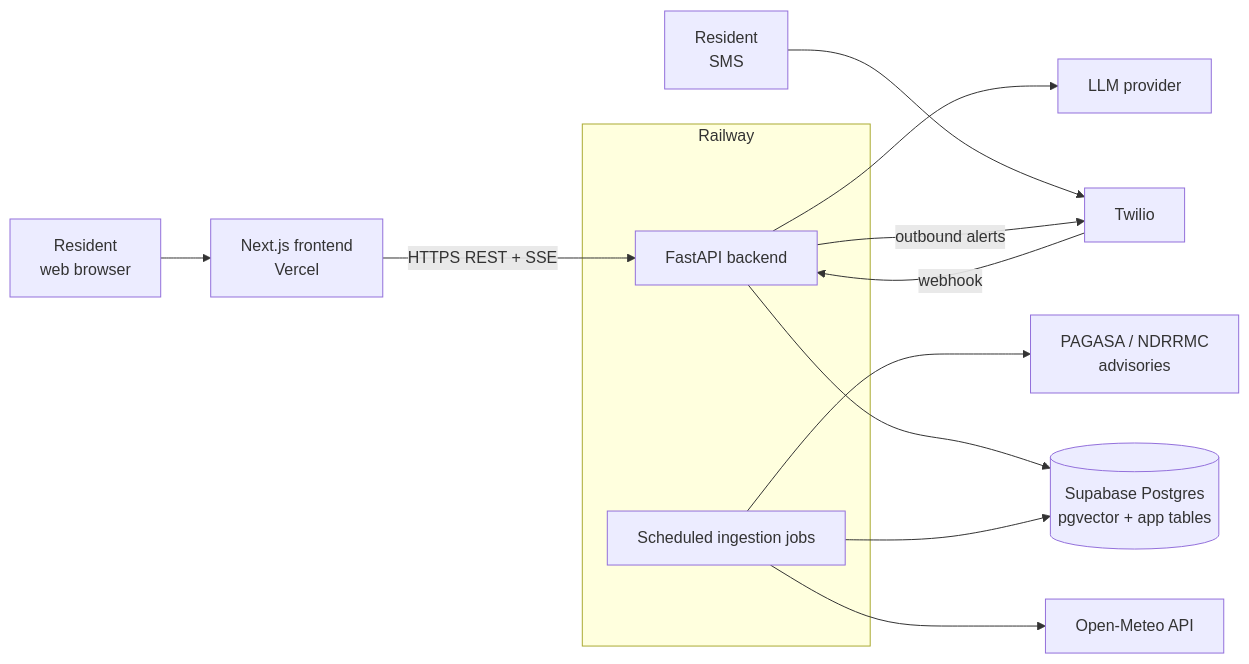
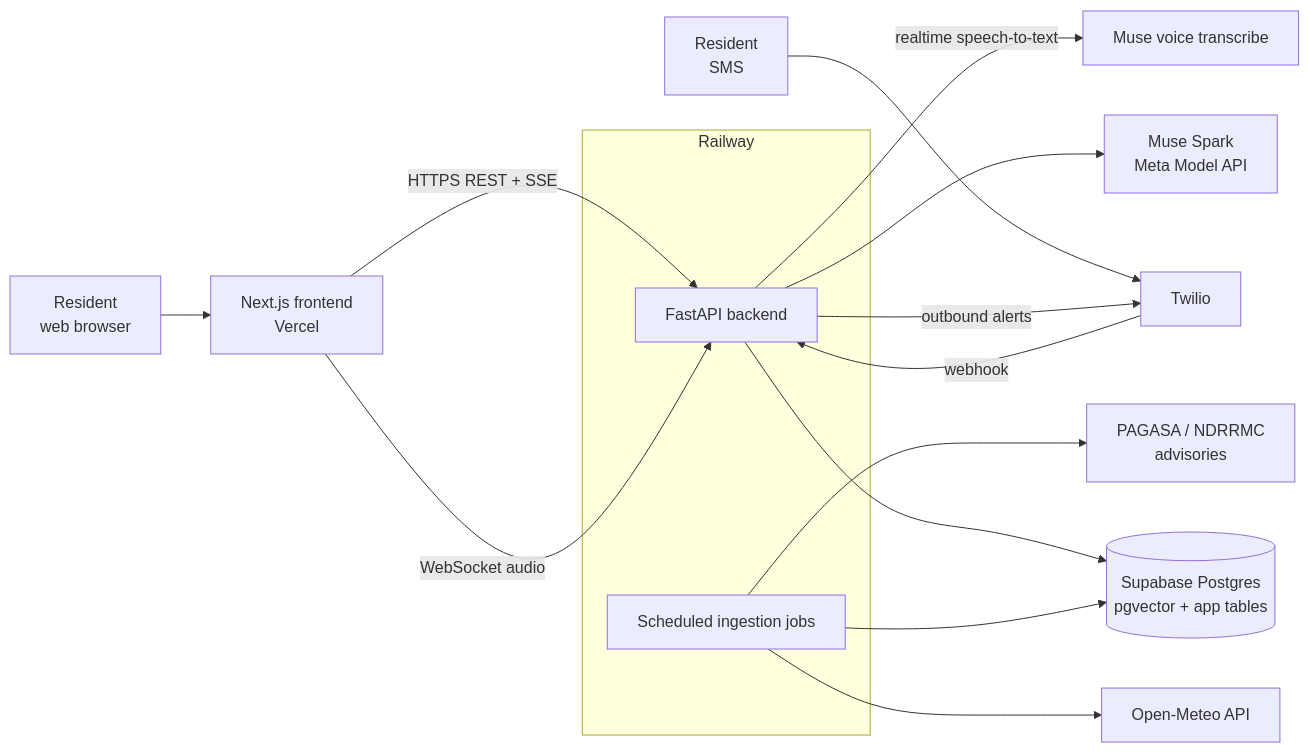
One commit to kennethmedes28/AI-Mihan changed the first of 4 diagrams in docs/backend_architecture.md. Above: the diagram before and after it, drawn with Mermaid. The commit also changed other lines of this file and 31 other files, not shown here.

````diff
--- a/docs/backend_architecture.md
+++ b/docs/backend_architecture.md
@@ -17,17 +19,19 @@
 ```mermaid
 flowchart LR
     U[Resident<br/>web browser] --> FE[Next.js frontend<br/>Vercel]
     SMS[Resident<br/>SMS] --> TW[Twilio]
     FE -->|HTTPS REST + SSE| API
     TW -->|webhook| API
     subgraph Railway
         API[FastAPI backend]
         WK[Scheduled ingestion jobs]
     end
     API --> DB[(Supabase Postgres<br/>pgvector + app tables)]
     WK --> DB
     WK --> OM[Open-Meteo API]
     WK --> GOV[PAGASA / NDRRMC<br/>advisories]
-    API --> LLM[LLM provider]
+    API --> LLM[Muse Spark<br/>Meta Model API]
+    FE -->|WebSocket audio| API
+    API -->|realtime speech-to-text| ASR[Muse voice transcribe]
     API -->|outbound alerts| TW
 ```
````
